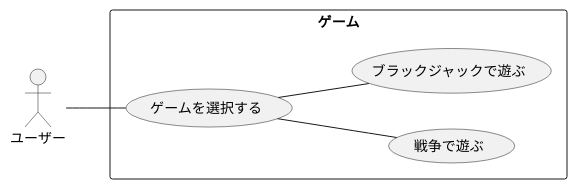
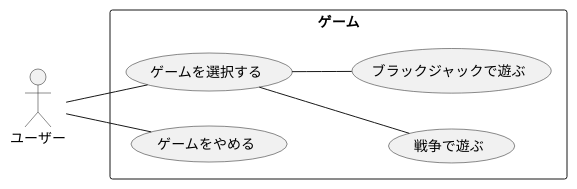
The diagram in uml/CardGame/doc/design/usecase.md (hachimitu22/study), drawn with PlantUML before and after one commit. The commit also changed 17 other files, not shown here.

First line of the commit message:
ユースケース図、クラス図、用語集をIOを考慮したものに変更

````diff
--- a/uml/CardGame/doc/design/usecase.md
+++ b/uml/CardGame/doc/design/usecase.md
@@ -3,12 +3,13 @@
 ```plantuml
 @startuml
 left to right direction
 actor ユーザー
 
 rectangle ゲーム {
   ユーザー -- (ゲームを選択する)
   (ゲームを選択する) -- (戦争で遊ぶ)
   (ゲームを選択する) -- (ブラックジャックで遊ぶ)
+  ユーザー -- (ゲームをやめる)
 }
 @enduml
 ```
````
